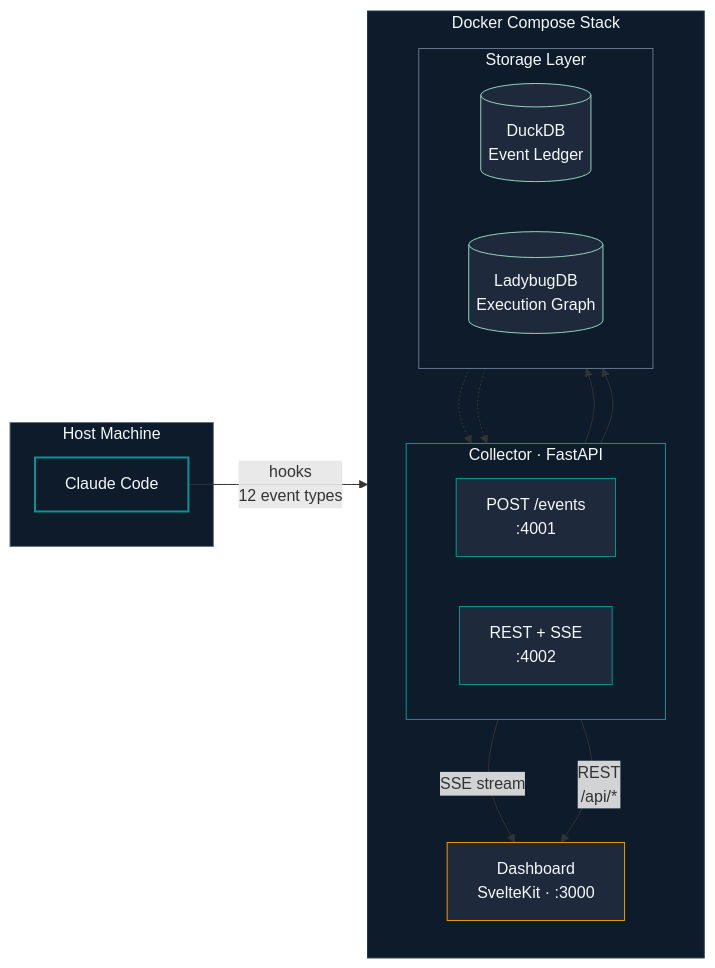
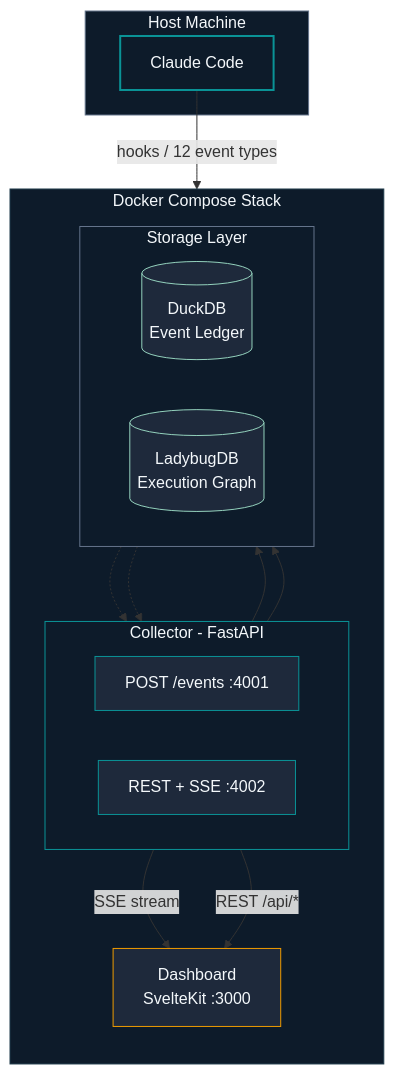
Before and after one commit to halcyondude/observable-claude: the first of 2 diagrams in README.md, drawn with Mermaid. The commit also changed other lines of this file and 7 other files, not shown here.

First line of the commit message:
fix: Mermaid diagrams — replace \n with br tags for GitHub rendering

````diff
--- a/README.md
+++ b/README.md
@@ -21,43 +20,43 @@
 ```mermaid
-flowchart LR
+flowchart TB
     subgraph host ["Host Machine"]
         CC["Claude Code"]
         style CC fill:#0D1B2A,stroke:#0A9396,color:#F4F8FB,stroke-width:2px
     end
 
     subgraph docker ["Docker Compose Stack"]
         direction TB
-        subgraph collector_svc ["Collector · FastAPI"]
+        subgraph collector_svc ["Collector - FastAPI"]
             direction LR
-            INGEST["POST /events\n:4001"]
-            API["REST + SSE\n:4002"]
+            INGEST["POST /events :4001"]
+            API["REST + SSE :4002"]
             style INGEST fill:#1E293B,stroke:#0A9396,color:#F4F8FB
             style API fill:#1E293B,stroke:#0A9396,color:#F4F8FB
         end
 
         subgraph storage ["Storage Layer"]
             direction LR
-            DUCK[("DuckDB\nEvent Ledger")]
-            LADY[("LadybugDB\nExecution Graph")]
+            DUCK[("DuckDB<br/>Event Ledger")]
+            LADY[("LadybugDB<br/>Execution Graph")]
             style DUCK fill:#1E293B,stroke:#94D2BD,color:#F4F8FB
             style LADY fill:#1E293B,stroke:#94D2BD,color:#F4F8FB
         end
 
-        DASH["Dashboard\nSvelteKit · :3000"]
+        DASH["Dashboard<br/>SvelteKit :3000"]
         style DASH fill:#1E293B,stroke:#EE9B00,color:#F4F8FB
 
         style collector_svc fill:#0D1B2A,stroke:#0A9396,color:#F4F8FB
         style storage fill:#0D1B2A,stroke:#64748B,color:#F4F8FB
     end
 
-    CC -- "hooks\n12 event types" --> INGEST
+    CC -- "hooks / 12 event types" --> INGEST
     INGEST --> DUCK
     INGEST --> LADY
     API -- "SSE stream" --> DASH
-    API -- "REST\n/api/*" --> DASH
+    API -- "REST /api/*" --> DASH
     DUCK -.-> API
     LADY -.-> API
 
     style host fill:#0D1B2A,stroke:#64748B,color:#F4F8FB
     style docker fill:#0D1B2A,stroke:#1E3A4A,color:#F4F8FB
 ```
````
